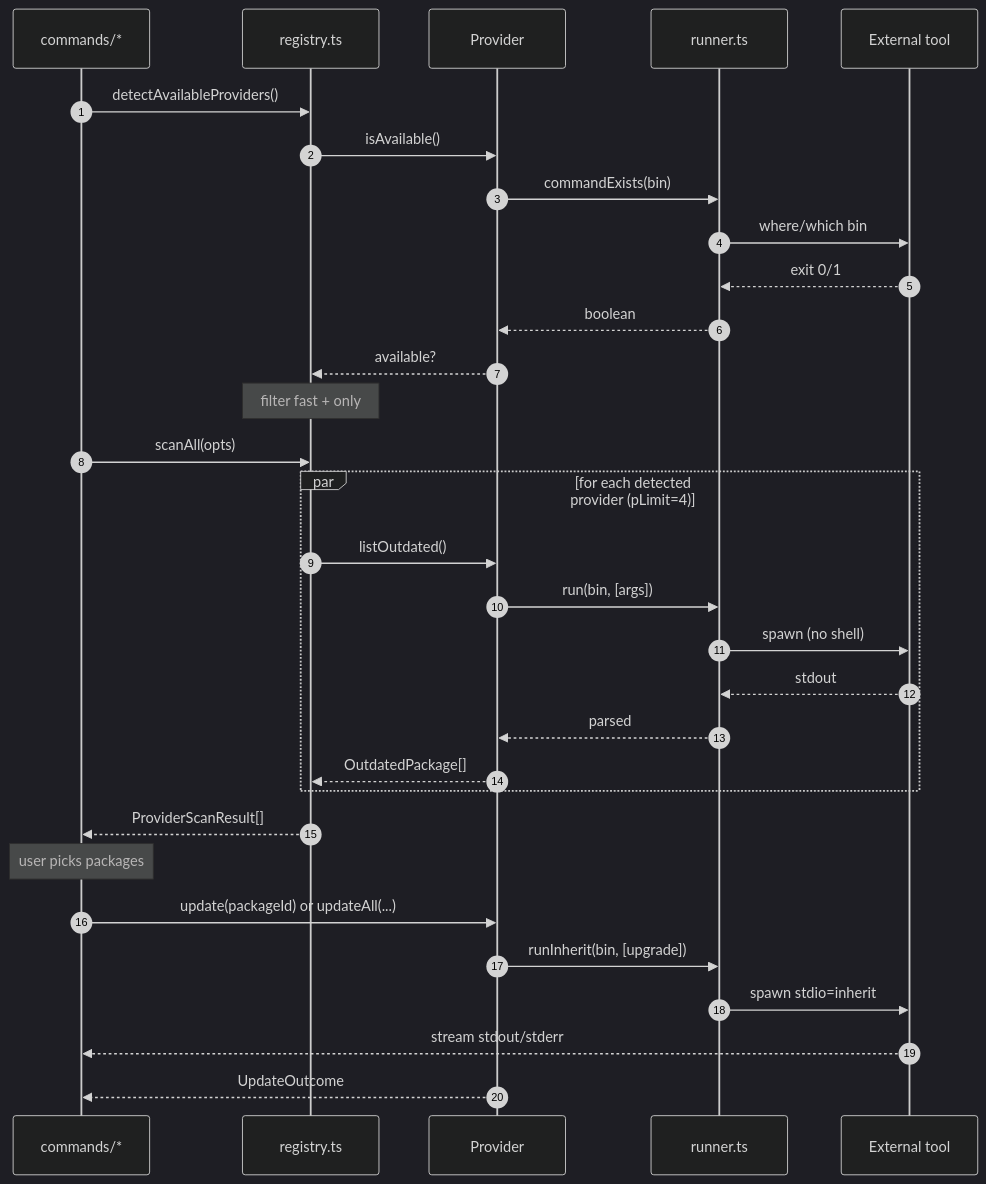
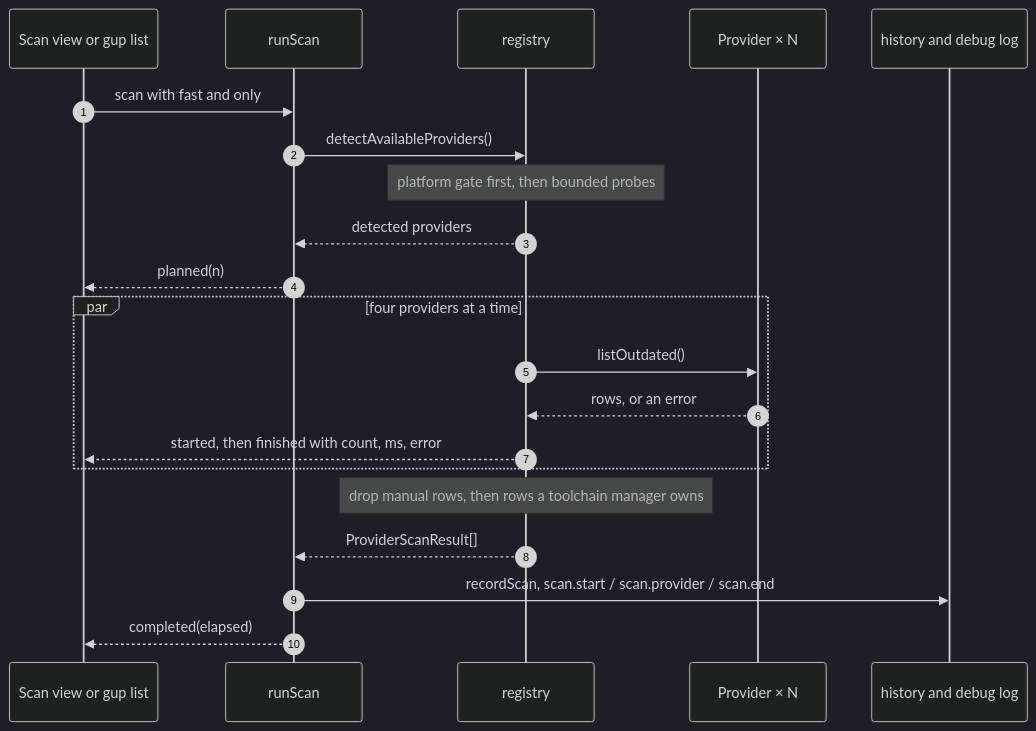
Before and after one commit to LINDECKER-Charles/gup: the fifth of 12 diagrams in docs/development/architecture.md, drawn with Mermaid (dark theme). The commit also changed other lines of this file and 2 other files, not shown here.

First line of the commit message:
docs(architecture): redraw the layers, pipelines and run flows

````diff
--- a/docs/development/architecture.md
+++ b/docs/development/architecture.md
@@ -182,38 +246,23 @@
 ```mermaid
 sequenceDiagram
     autonumber
-    participant CLI as commands/*
-    participant Reg as registry.ts
-    participant P as Provider
-    participant Run as runner.ts
-    participant Bin as External tool
-
-    CLI->>Reg: detectAvailableProviders()
-    Reg->>P: isAvailable()
-    P->>Run: commandExists(bin)
-    Run->>Bin: where/which bin
-    Bin-->>Run: exit 0/1
-    Run-->>P: boolean
-    P-->>Reg: available?
-
-    Note over Reg: filter fast + only
-
-    CLI->>Reg: scanAll(opts)
-    par for each detected provider (pLimit=4)
-        Reg->>P: listOutdated()
-        P->>Run: run(bin, [args])
-        Run->>Bin: spawn (no shell)
-        Bin-->>Run: stdout
-        Run-->>P: parsed
-        P-->>Reg: OutdatedPackage[]
+    participant V as Scan view or gup list
+    participant S as runScan
+    participant R as registry
+    participant P as Provider × N
+    participant H as history and debug log
+    V->>S: scan with fast and only
+    S->>R: detectAvailableProviders()
+    Note over R: platform gate first, then bounded probes
+    R-->>S: detected providers
+    S-->>V: planned(n)
+    par four providers at a time
+        R->>P: listOutdated()
+        P-->>R: rows, or an error
+        R-->>V: started, then finished with count, ms, error
     end
-    Reg-->>CLI: ProviderScanResult[]
-
-    Note over CLI: user picks packages
-
-    CLI->>P: update(packageId) or updateAll(...)
-    P->>Run: runInherit(bin, [upgrade])
-    Run->>Bin: spawn stdio=inherit
-    Bin-->>CLI: stream stdout/stderr
-    P-->>CLI: UpdateOutcome
+    Note over R: drop manual rows, then rows a toolchain manager owns
+    R-->>S: ProviderScanResult[]
+    S->>H: recordScan, scan.start / scan.provider / scan.end
+    S-->>V: completed(elapsed)
 ```
````
